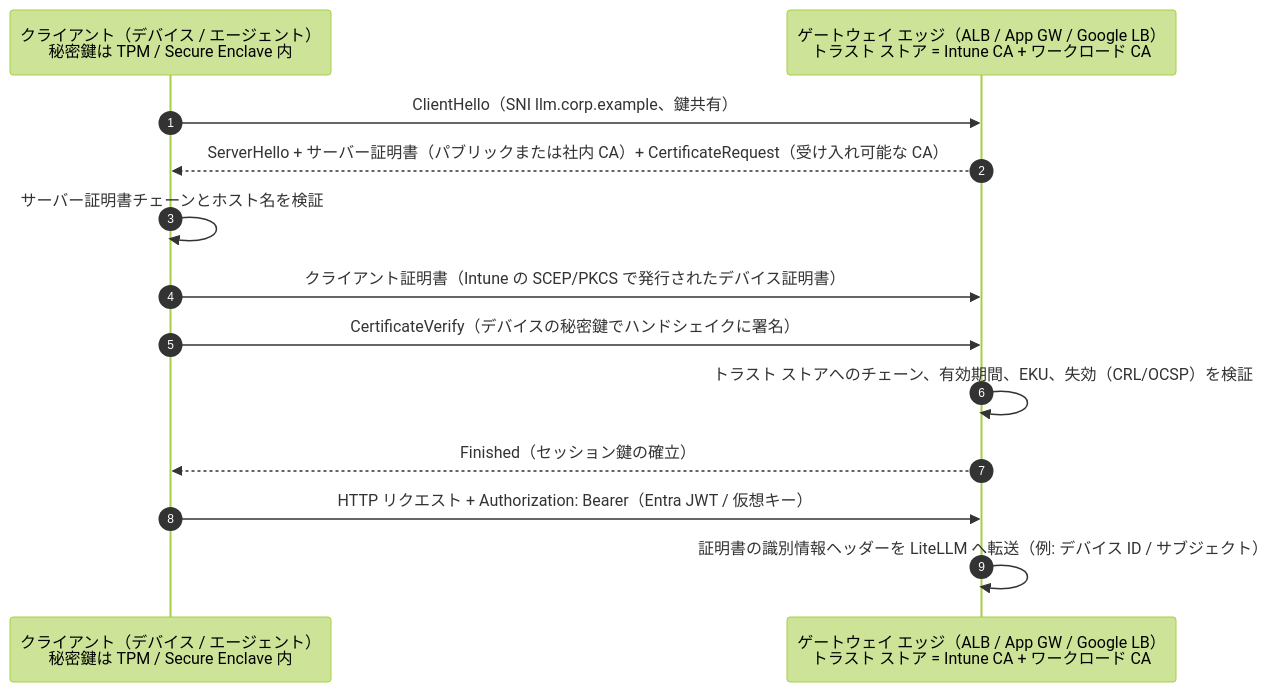
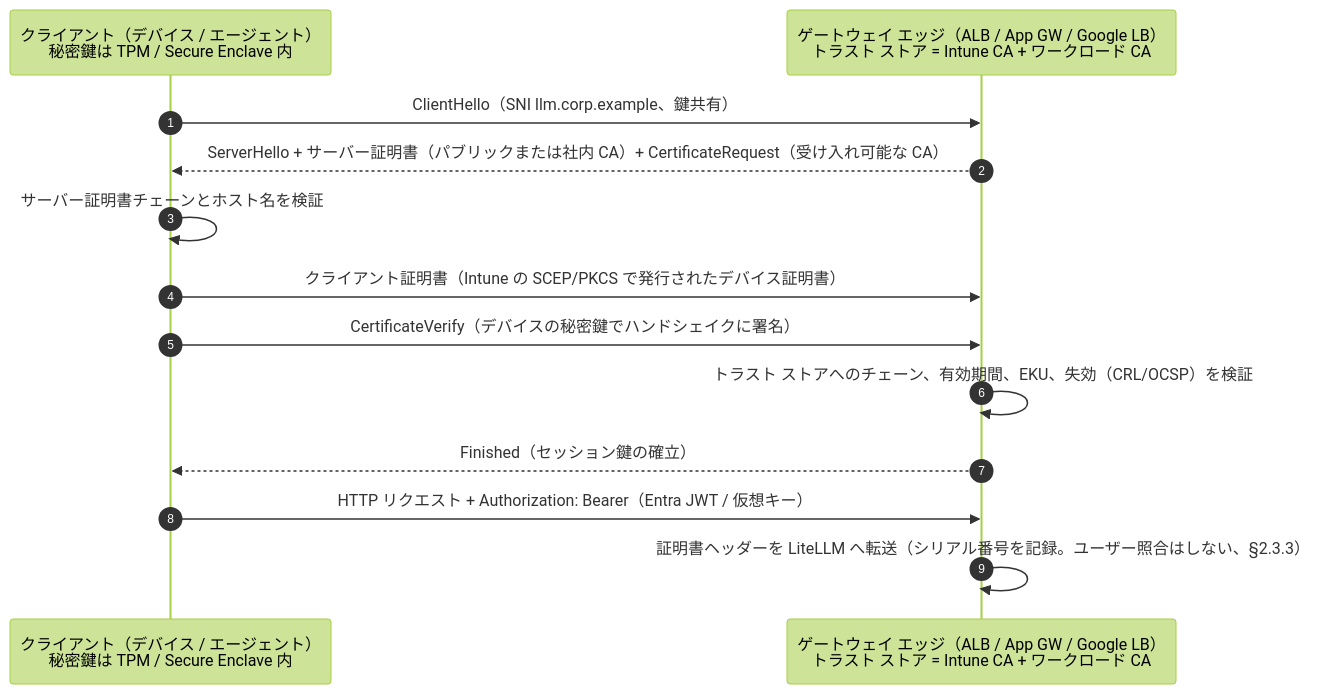
The fifth of 5 diagrams in docs/jp/07-private-connectivity.md (minddrop/llm-gateway-comparison), drawn with Mermaid (forest theme) before and after one commit. The commit also changed other lines of this file and 10 other files, not shown here.

````diff
--- a/docs/jp/07-private-connectivity.md
+++ b/docs/jp/07-private-connectivity.md
@@ -278,15 +294,15 @@
 ```mermaid
 sequenceDiagram
     autonumber
     participant C as クライアント（デバイス / エージェント）<br/>秘密鍵は TPM / Secure Enclave 内
     participant S as ゲートウェイ エッジ（ALB / App GW / Google LB）<br/>トラスト ストア = Intune CA + ワークロード CA
     C->>S: ClientHello（SNI llm.corp.example、鍵共有）
     S-->>C: ServerHello + サーバー証明書（パブリックまたは社内 CA）+ CertificateRequest（受け入れ可能な CA）
     C->>C: サーバー証明書チェーンとホスト名を検証
     C->>S: クライアント証明書（Intune の SCEP/PKCS で発行されたデバイス証明書）
     C->>S: CertificateVerify（デバイスの秘密鍵でハンドシェイクに署名）
     S->>S: トラスト ストアへのチェーン、有効期間、EKU、失効（CRL/OCSP）を検証
     S-->>C: Finished（セッション鍵の確立）
     C->>S: HTTP リクエスト + Authorization: Bearer（Entra JWT / 仮想キー）
-    S->>S: 証明書の識別情報ヘッダーを LiteLLM へ転送（例: デバイス ID / サブジェクト）
+    S->>S: 証明書ヘッダーを LiteLLM へ転送（シリアル番号を記録。ユーザー照合はしない、§2.3.3）
 ```
````
